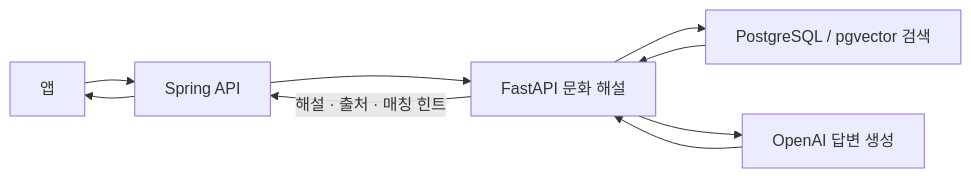
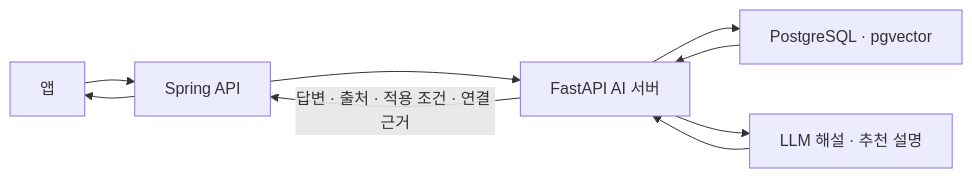
One commit to fingertip-app/backend-python changed the diagram in README.md. Above: the diagram before and after it, drawn with Mermaid. The commit also changed other lines of this file, not shown here.

````diff
--- a/README.md
+++ b/README.md
@@ -72,11 +58,11 @@
 ```mermaid
 flowchart LR
     A[앱] --> B[Spring API]
-    B --> C[FastAPI 문화 해설]
-    C --> D[PostgreSQL / pgvector 검색]
+    B --> C[FastAPI AI 서버]
+    C --> D[PostgreSQL · pgvector]
     D --> C
-    C --> E[OpenAI 답변 생성]
+    C --> E[LLM 해설 · 추천 설명]
     E --> C
-    C -->|해설 · 출처 · 매칭 힌트| B
+    C -->|답변 · 출처 · 적용 조건 · 연결 근거| B
     B --> A
 ```
````
